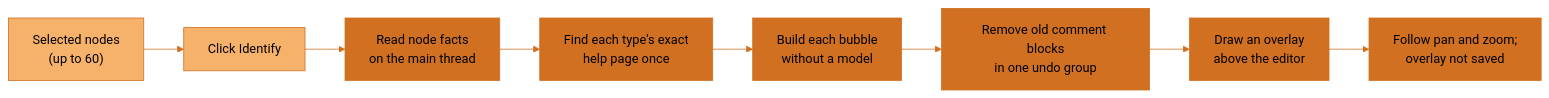
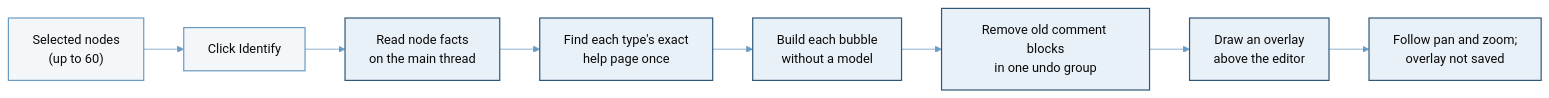
Before and after one commit to JosephOIbrahim/Synapse: the fourth of 5 diagrams in README.md, drawn with Mermaid. The commit also changed other lines of this file and 9 other files, not shown here.

````diff
--- a/README.md
+++ b/README.md
@@ -269,18 +212,18 @@
 ```mermaid
 flowchart LR
     accTitle: Identify draws a short local bubble beside each selected node
     accDescr: The panel reads facts for up to 60 selected nodes on Houdini's main thread. A worker finds each type's exact local help page, or an HDA's own help, and builds each bubble without a model. Old Identify-generated comment blocks are removed in one undo group, artist text kept. The main thread then draws an overlay that follows pan and zoom. The overlay is not saved.
     S["Selected nodes<br/>(up to 60)"] --> I["Click Identify"]
     I --> F["Read node facts<br/>on the main thread"]
     F --> L["Find each type's exact<br/>help page once"]
     L --> C["Build each bubble<br/>without a model"]
     C --> K["Remove old comment blocks<br/>in one undo group"]
     K --> W["Draw an overlay<br/>above the editor"]
     W --> V["Follow pan and zoom;<br/>overlay not saved"]
-    classDef default fill:#F6B26B,stroke:#D07020,color:#000000
-    classDef artist fill:#F6B26B,stroke:#D07020,color:#000000
-    classDef synapse fill:#D07020,stroke:#D07020,color:#000000
+    classDef default fill:#FFFFFF,stroke:#6A9BC3,stroke-width:1.5px,color:#0A0A0A
+    classDef artist fill:#F4F7FA,stroke:#6A9BC3,color:#0A0A0A
+    classDef synapse fill:#E9F1F8,stroke:#2F5878,color:#0A0A0A
     class S,I artist
     class F,L,C,K,W,V synapse
-    linkStyle default stroke:#D07020
+    linkStyle default stroke:#6A9BC3
 ```
````
